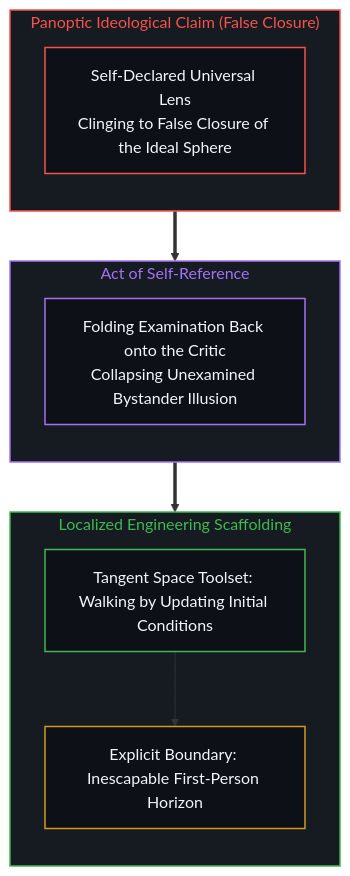
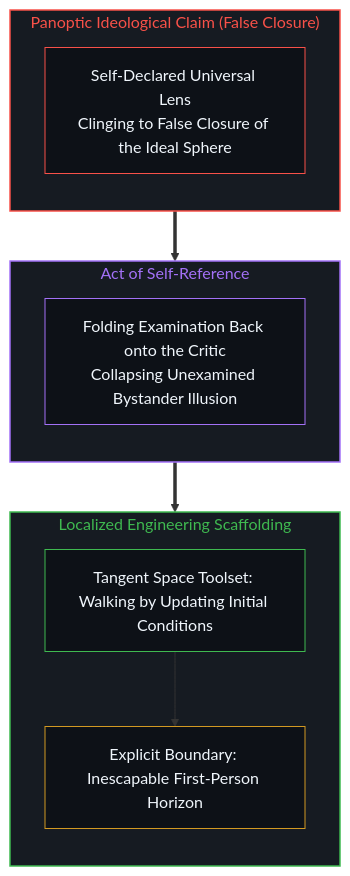
One commit to powerpig99/not-a-toe changed the eighth of 8 diagrams in content/posts/the-unexamined-critic.md. Above: the diagram before and after it, drawn with Mermaid. The commit also changed other lines of this file and 12 other files, not shown here.

````diff
--- a/content/posts/the-unexamined-critic.md
+++ b/content/posts/the-unexamined-critic.md
@@ -251,33 +246,30 @@
 ```mermaid
 flowchart TD
-    classDef default fill:#0d1117,stroke:#30363d,stroke-width:1px,color:#f0f6fc;
-    classDef mind fill:#0d1117,stroke:#3fb950,stroke-width:1.5px,color:#f0f6fc;
-    classDef warn fill:#0d1117,stroke:#d29922,stroke-width:1.5px,color:#f0f6fc;
-    classDef fail fill:#0d1117,stroke:#f85149,stroke-width:1.5px,color:#f0f6fc;
-    classDef model fill:#0d1117,stroke:#58a6ff,stroke-width:1.5px,color:#f0f6fc;
-    classDef purple fill:#0d1117,stroke:#a371f7,stroke-width:1.5px,color:#f0f6fc;
-
     subgraph S_Dogma ["Panoptic Ideological Claim (False Closure)"]
         direction TB
-        TotalClaim["Self-Declared Universal Lens<br/>Clinging to False Closure of the Ideal Sphere"]:::fail
+        TotalClaim["Self-Declared Universal Lens<br/>Clinging to False Closure of the Ideal Sphere"]
     end
 
     subgraph S_Fold ["Act of Self-Reference"]
         direction TB
-        SelfReflect["Folding Examination Back onto the Critic<br/>Collapsing Unexamined Bystander Illusion"]:::purple
+        SelfReflect["Folding Examination Back onto the Critic<br/>Collapsing Unexamined Bystander Illusion"]
     end
 
     subgraph S_Instrument ["Localized Engineering Scaffolding"]
         direction TB
-        LocalTool["Tangent Space Toolset: Walking by Updating Initial Conditions"]:::mind
-        BoundSign["Explicit Boundary: Inescapable First-Person Horizon"]:::warn
+        LocalTool["Tangent Space Toolset: Walking by Updating Initial Conditions"]
+        BoundSign["Explicit Boundary: Inescapable First-Person Horizon"]
         LocalTool --> BoundSign
     end
 
     S_Dogma ==> S_Fold
     S_Fold ==> S_Instrument
 
     style S_Dogma fill:#161b22,stroke:#f85149,stroke-width:1.5px,color:#f85149
     style S_Fold fill:#161b22,stroke:#a371f7,stroke-width:1.5px,color:#a371f7
     style S_Instrument fill:#161b22,stroke:#3fb950,stroke-width:1.5px,color:#3fb950
+    style TotalClaim fill:#0d1117,stroke:#f85149,stroke-width:1px,color:#f0f6fc
+    style SelfReflect fill:#0d1117,stroke:#a371f7,stroke-width:1px,color:#f0f6fc
+    style LocalTool fill:#0d1117,stroke:#3fb950,stroke-width:1px,color:#f0f6fc
+    style BoundSign fill:#0d1117,stroke:#d29922,stroke-width:1px,color:#f0f6fc
 ```
````
